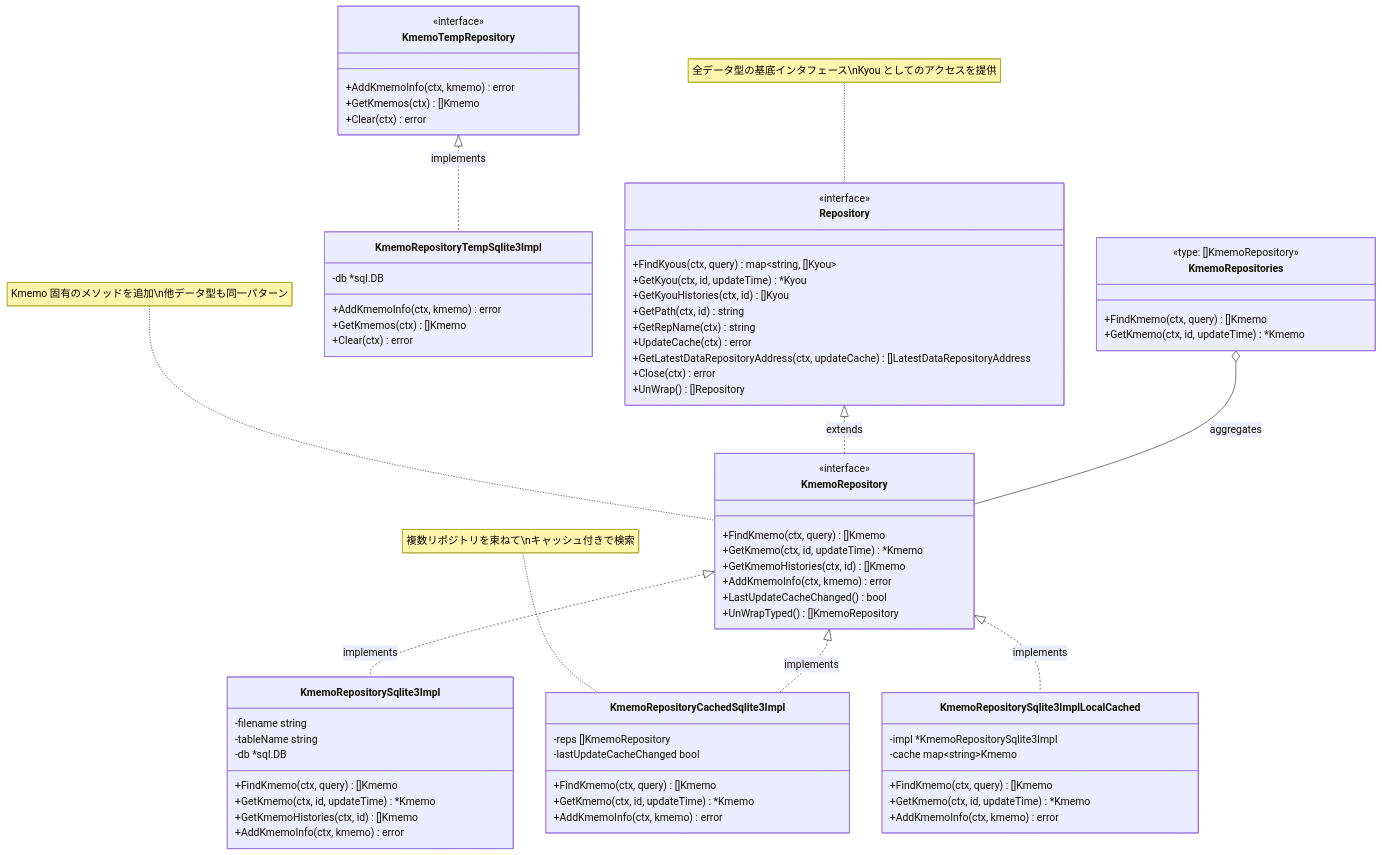
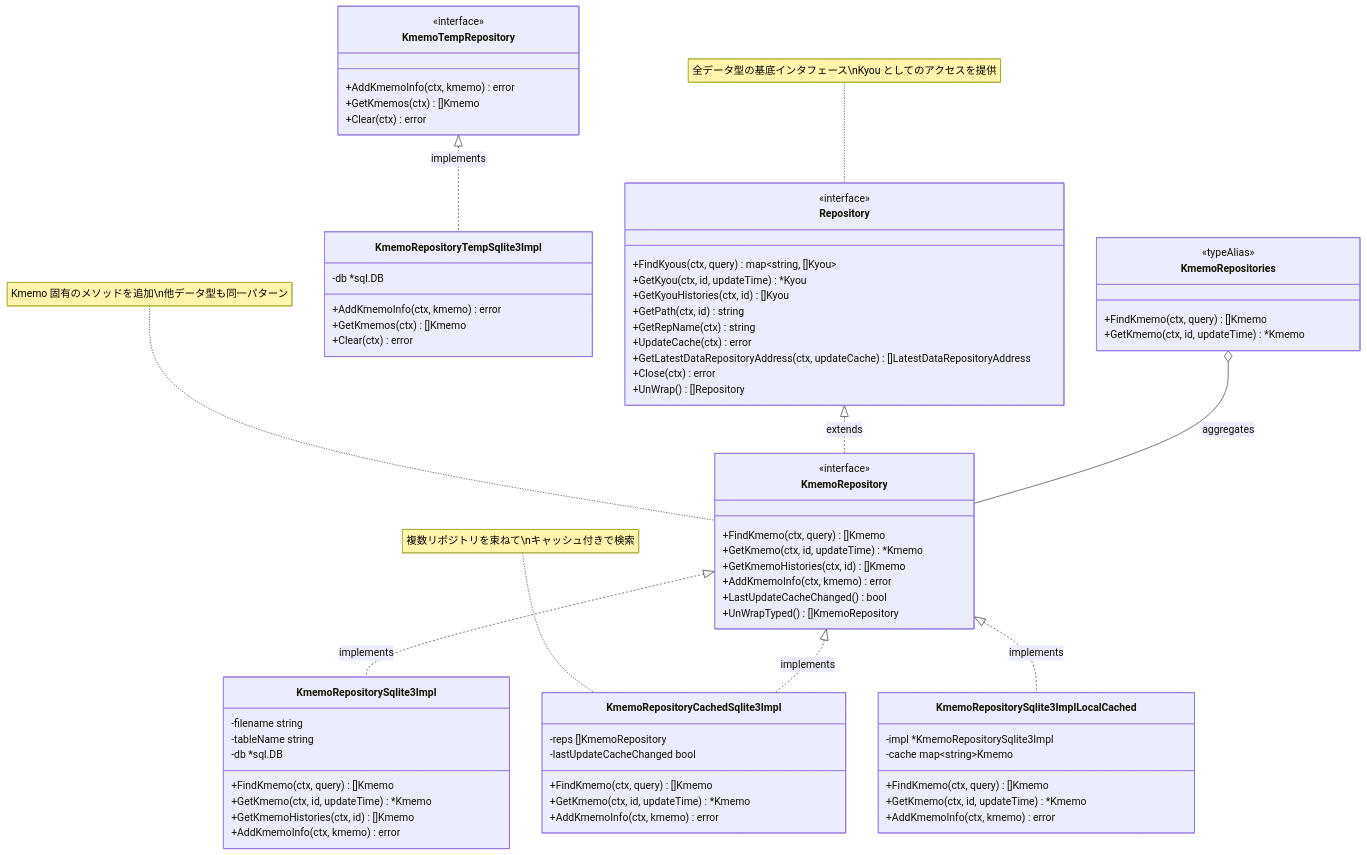
The second of 6 diagrams in documents/reverse/class-diagrams.md (mt3hr/gkill), drawn with Mermaid before and after one commit. The commit also changed other lines of this file and 40 other files, not shown here.

````diff
--- a/documents/reverse/class-diagrams.md
+++ b/documents/reverse/class-diagrams.md
@@ -178,82 +178,82 @@
 ```mermaid
 classDiagram
     class Repository {
         <<interface>>
         +FindKyous(ctx, query) map~string, []Kyou~
         +GetKyou(ctx, id, updateTime) *Kyou
         +GetKyouHistories(ctx, id) []Kyou
         +GetPath(ctx, id) string
         +GetRepName(ctx) string
         +UpdateCache(ctx) error
         +GetLatestDataRepositoryAddress(ctx, updateCache) []LatestDataRepositoryAddress
         +Close(ctx) error
         +UnWrap() []Repository
     }
 
     class KmemoRepository {
         <<interface>>
         +FindKmemo(ctx, query) []Kmemo
         +GetKmemo(ctx, id, updateTime) *Kmemo
         +GetKmemoHistories(ctx, id) []Kmemo
         +AddKmemoInfo(ctx, kmemo) error
         +LastUpdateCacheChanged() bool
         +UnWrapTyped() []KmemoRepository
     }
 
     class KmemoRepositorySqlite3Impl {
         -filename string
         -tableName string
         -db *sql.DB
         +FindKmemo(ctx, query) []Kmemo
         +GetKmemo(ctx, id, updateTime) *Kmemo
         +GetKmemoHistories(ctx, id) []Kmemo
         +AddKmemoInfo(ctx, kmemo) error
     }
 
     class KmemoRepositoryCachedSqlite3Impl {
         -reps []KmemoRepository
         -lastUpdateCacheChanged bool
         +FindKmemo(ctx, query) []Kmemo
         +GetKmemo(ctx, id, updateTime) *Kmemo
         +AddKmemoInfo(ctx, kmemo) error
     }
 
     class KmemoRepositorySqlite3ImplLocalCached {
         -impl *KmemoRepositorySqlite3Impl
         -cache map~string~Kmemo
         +FindKmemo(ctx, query) []Kmemo
         +GetKmemo(ctx, id, updateTime) *Kmemo
         +AddKmemoInfo(ctx, kmemo) error
     }
 
     class KmemoTempRepository {
         <<interface>>
         +AddKmemoInfo(ctx, kmemo) error
         +GetKmemos(ctx) []Kmemo
         +Clear(ctx) error
     }
 
     class KmemoRepositoryTempSqlite3Impl {
         -db *sql.DB
         +AddKmemoInfo(ctx, kmemo) error
         +GetKmemos(ctx) []Kmemo
         +Clear(ctx) error
     }
 
     class KmemoRepositories {
-        <<type: []KmemoRepository>>
+        <<typeAlias>>
         +FindKmemo(ctx, query) []Kmemo
         +GetKmemo(ctx, id, updateTime) *Kmemo
     }
 
     Repository <|.. KmemoRepository : extends
     KmemoRepository <|.. KmemoRepositorySqlite3Impl : implements
     KmemoRepository <|.. KmemoRepositoryCachedSqlite3Impl : implements
     KmemoRepository <|.. KmemoRepositorySqlite3ImplLocalCached : implements
     KmemoTempRepository <|.. KmemoRepositoryTempSqlite3Impl : implements
     KmemoRepositories o-- KmemoRepository : aggregates
 
     note for Repository "全データ型の基底インタフェース\nKyou としてのアクセスを提供"
     note for KmemoRepository "Kmemo 固有のメソッドを追加\n他データ型も同一パターン"
     note for KmemoRepositoryCachedSqlite3Impl "複数リポジトリを束ねて\nキャッシュ付きで検索"
 ```
````
